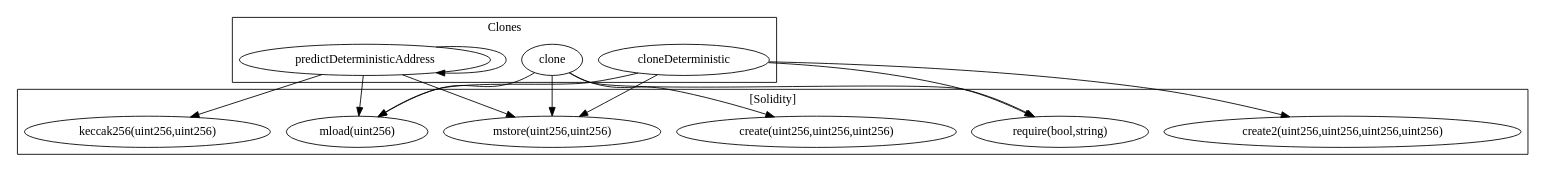
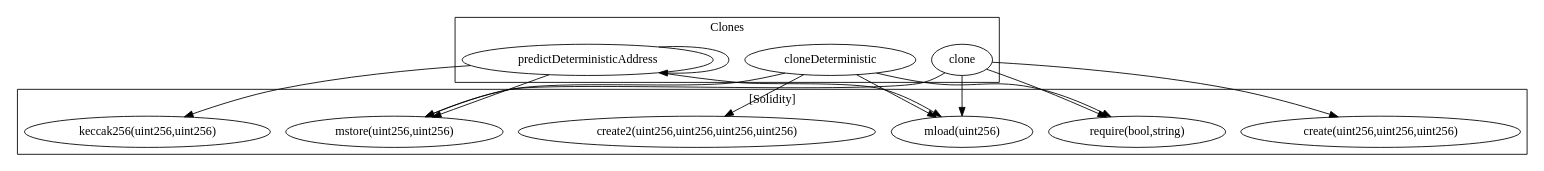
Before and after one commit to FlipsideCrypto/badger: the diagram in contracts/build/...Clones.call-graph.dot, drawn with Graphviz. The commit also changed other lines of this file and 21 other files, not shown here.

```diff
--- a/contracts/build/...Clones.call-graph.dot
+++ b/contracts/build/...Clones.call-graph.dot
@@ -1,28 +1,28 @@
 strict digraph {
 subgraph cluster_2126_Clones {
 label = "Clones"
+"2126_clone" [label="clone"]
 "2126_cloneDeterministic" [label="cloneDeterministic"]
 "2126_predictDeterministicAddress" [label="predictDeterministicAddress"]
-"2126_clone" [label="clone"]
 "2126_predictDeterministicAddress" -> "2126_predictDeterministicAddress"
 }subgraph cluster_solidity {
 label = "[Solidity]"
+"mload(uint256)" 
 "create(uint256,uint256,uint256)" 
+"require(bool,string)" 
+"create2(uint256,uint256,uint256,uint256)" 
 "keccak256(uint256,uint256)" 
-"create2(uint256,uint256,uint256,uint256)" 
 "mstore(uint256,uint256)" 
-"mload(uint256)" 
-"require(bool,string)" 
+"2126_cloneDeterministic" -> "create2(uint256,uint256,uint256,uint256)"
+"2126_cloneDeterministic" -> "mstore(uint256,uint256)"
+"2126_clone" -> "mload(uint256)"
 "2126_predictDeterministicAddress" -> "keccak256(uint256,uint256)"
+"2126_predictDeterministicAddress" -> "mload(uint256)"
+"2126_predictDeterministicAddress" -> "mstore(uint256,uint256)"
+"2126_clone" -> "require(bool,string)"
+"2126_cloneDeterministic" -> "mload(uint256)"
+"2126_clone" -> "create(uint256,uint256,uint256)"
 "2126_clone" -> "mstore(uint256,uint256)"
-"2126_cloneDeterministic" -> "mstore(uint256,uint256)"
-"2126_predictDeterministicAddress" -> "mload(uint256)"
-"2126_clone" -> "mload(uint256)"
-"2126_predictDeterministicAddress" -> "mstore(uint256,uint256)"
-"2126_cloneDeterministic" -> "mload(uint256)"
-"2126_cloneDeterministic" -> "create2(uint256,uint256,uint256,uint256)"
-"2126_clone" -> "create(uint256,uint256,uint256)"
 "2126_cloneDeterministic" -> "require(bool,string)"
-"2126_clone" -> "require(bool,string)"
 }
 }
```
